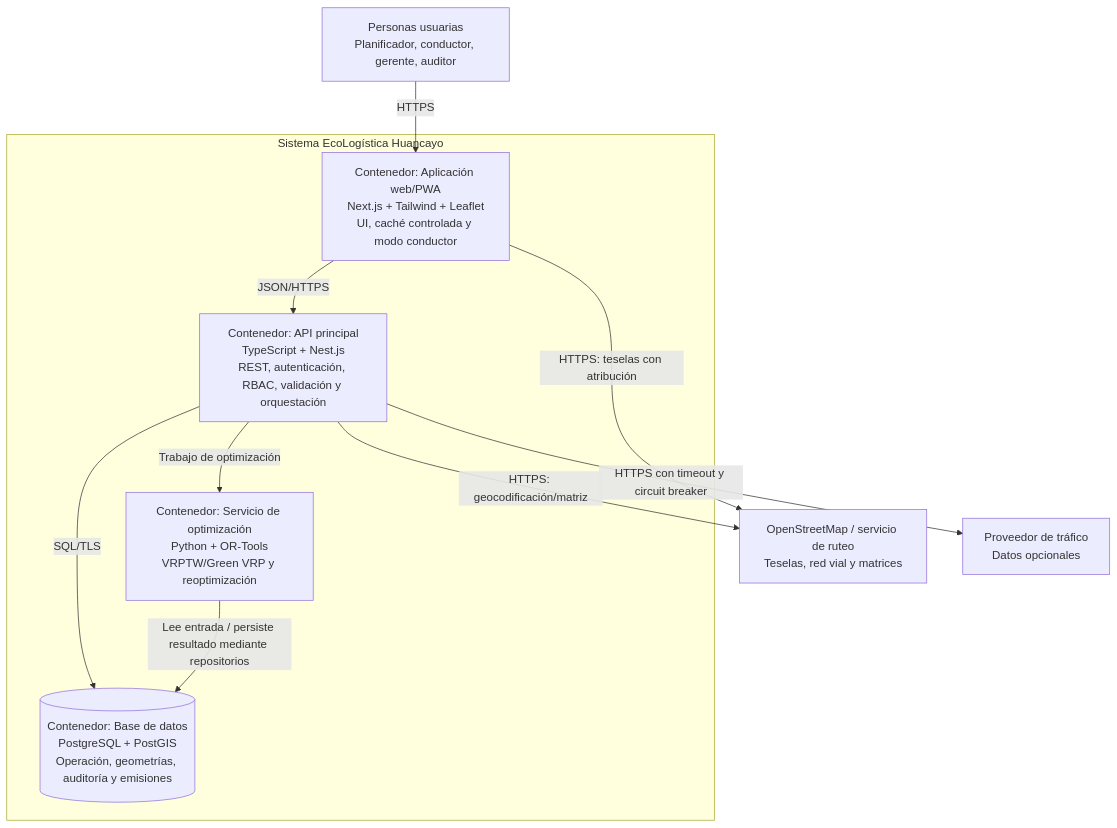
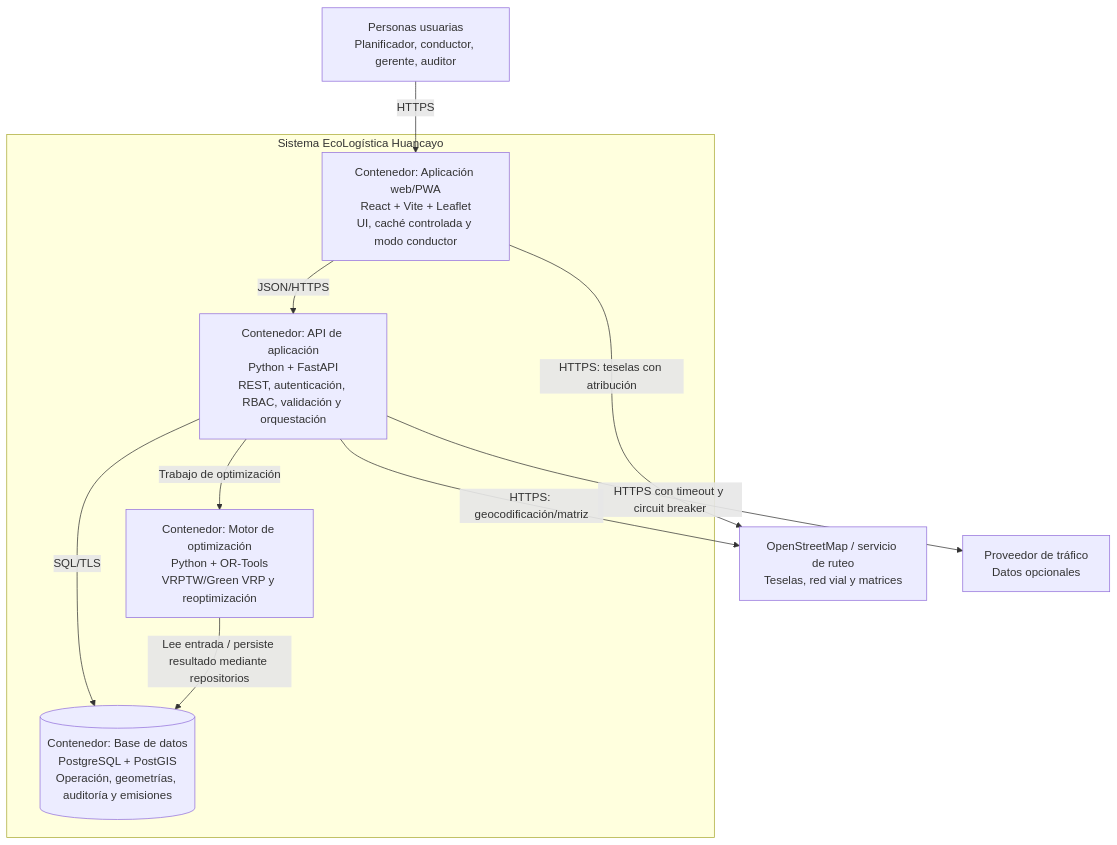
The second of 5 diagrams in docs/01 Inicio/12. Modelo C4 V_1_0_0.md (alexito-dev/EcoLogistica), drawn with Mermaid before and after one commit. The commit also changed other lines of this file and 5 other files, not shown here.

First line of the commit message:
docs(arquitectura): ratificar stack React + FastAPI (alternativa A)

````diff
--- a/docs/01 Inicio/12. Modelo C4 V_1_0_0.md
+++ b/docs/01 Inicio/12. Modelo C4 V_1_0_0.md
@@ -54,23 +54,23 @@
 ```mermaid
 flowchart TB
     users["Personas usuarias<br/>Planificador, conductor, gerente, auditor"]
 
     subgraph eco["Sistema EcoLogística Huancayo"]
-      web["Contenedor: Aplicación web/PWA<br/>Next.js + Tailwind + Leaflet<br/>UI, caché controlada y modo conductor"]
-      api["Contenedor: API principal<br/>TypeScript + Nest.js<br/>REST, autenticación, RBAC, validación y orquestación"]
-      worker["Contenedor: Servicio de optimización<br/>Python + OR-Tools<br/>VRPTW/Green VRP y reoptimización"]
+      web["Contenedor: Aplicación web/PWA<br/>React + Vite + Leaflet<br/>UI, caché controlada y modo conductor"]
+      api["Contenedor: API de aplicación<br/>Python + FastAPI<br/>REST, autenticación, RBAC, validación y orquestación"]
+      worker["Contenedor: Motor de optimización<br/>Python + OR-Tools<br/>VRPTW/Green VRP y reoptimización"]
       db[("Contenedor: Base de datos<br/>PostgreSQL + PostGIS<br/>Operación, geometrías, auditoría y emisiones")]
     end
 
     map["OpenStreetMap / servicio de ruteo<br/>Teselas, red vial y matrices"]
     traffic["Proveedor de tráfico<br/>Datos opcionales"]
 
     users -->|"HTTPS"| web
     web -->|"JSON/HTTPS"| api
     web -->|"HTTPS: teselas con atribución"| map
     api -->|"SQL/TLS"| db
     api -->|"Trabajo de optimización"| worker
     worker -->|"Lee entrada / persiste resultado mediante repositorios"| db
     api -->|"HTTPS: geocodificación/matriz"| map
     api -->|"HTTPS con timeout y circuit breaker"| traffic
 ```
````
